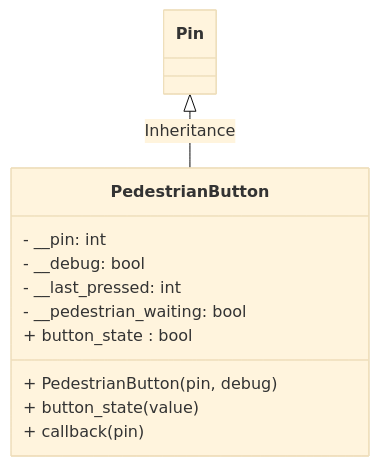
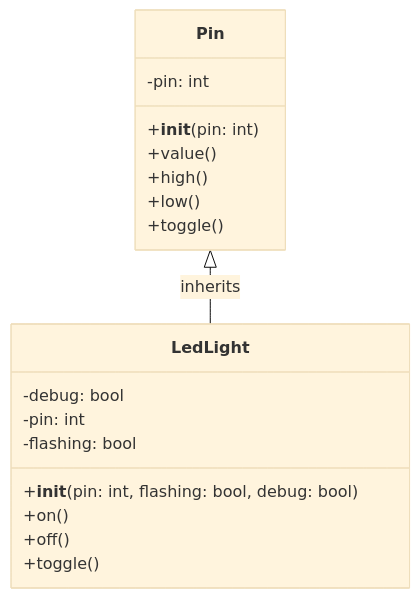
The first of 2 diagrams in tutorials/Lecture1.md (TempeHS/MicroPython_OOP_Pi_Pico_Mini_Project_Source), drawn with Mermaid (base theme) before and after one commit.

````diff
--- a/tutorials/Lecture1.md
+++ b/tutorials/Lecture1.md
@@ -60,18 +60,23 @@
 ```mermaid
 classDiagram
 
     class Pin {
+        -pin: int
+        +__init__(pin: int)
+        +value()
+        +high()
+        +low()
+        +toggle()
     }
 
-    class PedestrianButton {
-        - __pin: int
-        - __debug: bool
-        - __last_pressed: int
-        - __pedestrian_waiting: bool
-        + PedestrianButton(pin, debug)
-        + button_state : bool
-        + button_state(value)
-        + callback(pin)
+    class LedLight {
+        -debug: bool
+        -pin: int
+        -flashing: bool
+        +__init__(pin: int, flashing: bool, debug: bool)
+        +on()
+        +off()
+        +toggle()
     }
-    Pin <|-- PedestrianButton : Inheritance
+    Pin <|-- LedLight : inherits
 ```
````
